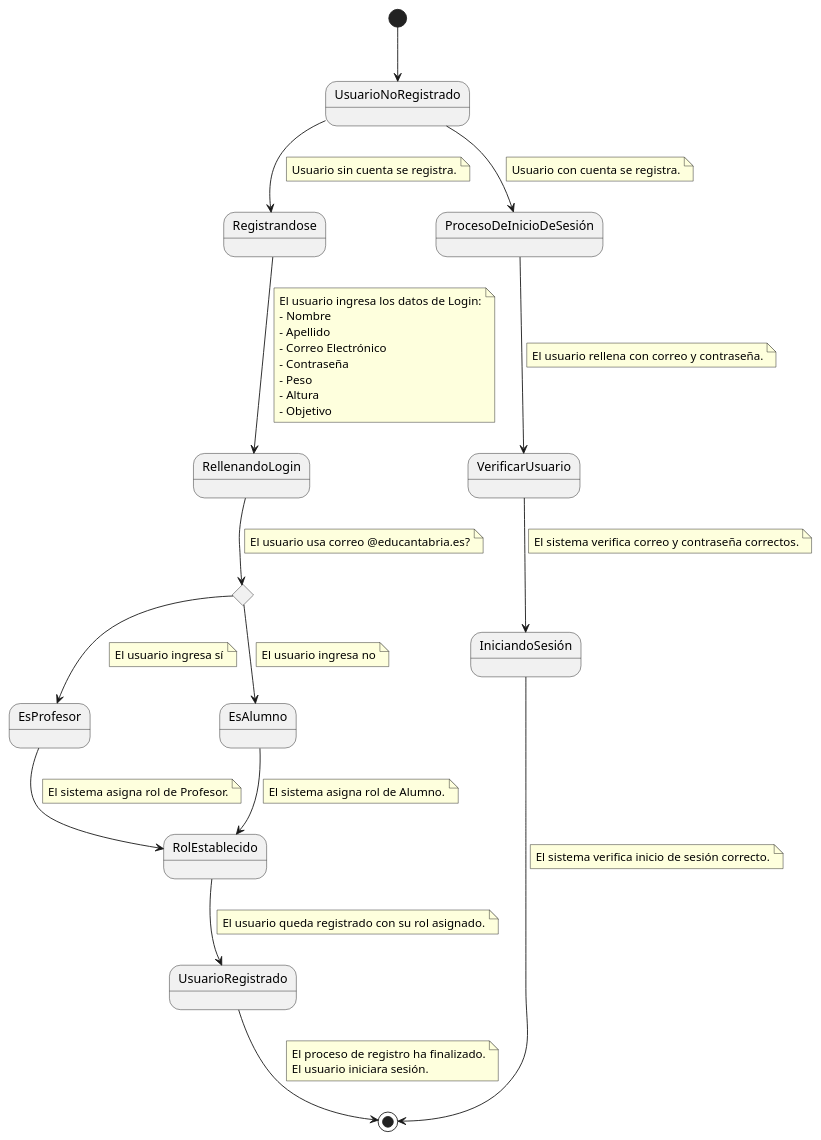
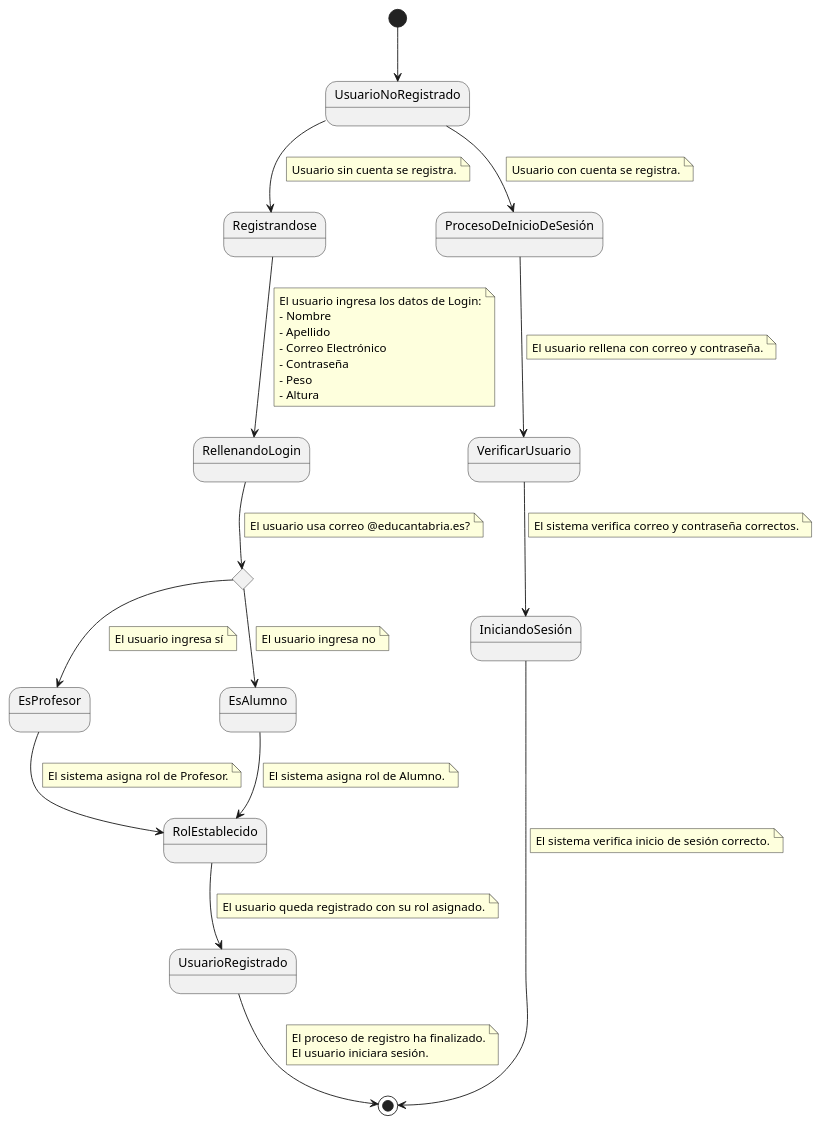
One commit to mmasias/24-25-IdSw1-SDR changed the diagram in Documentos/DetallarCasosDeUso/Registrarse.puml. Above: the diagram before and after it, drawn with PlantUML.

```diff
--- a/Documentos/DetallarCasosDeUso/Registrarse.puml
+++ b/Documentos/DetallarCasosDeUso/Registrarse.puml
@@ -1,79 +1,78 @@
 @startuml
 
   [*] --> UsuarioNoRegistrado
   UsuarioNoRegistrado --> Registrandose
   note on link
     Usuario sin cuenta se registra.
   end note
 
   UsuarioNoRegistrado --> ProcesoDeInicioDeSesión
   note on link
     Usuario con cuenta se registra.
   end note
 
   Registrandose --> RellenandoLogin
   note on link
     El usuario ingresa los datos de Login:
     - Nombre
     - Apellido
     - Correo Electrónico
     - Contraseña
     - Peso
     - Altura
-    - Objetivo
   end note
   
   state rombo <<choice>>
   RellenandoLogin --> rombo
   note on link
     El usuario usa correo @educantabria.es?
   end note
   
   rombo --> EsProfesor
   note on link
     El usuario ingresa sí
   end note
   
   rombo --> EsAlumno
   note on link
     El usuario ingresa no
   end note
 
   EsAlumno --> RolEstablecido
   note on link
     El sistema asigna rol de Alumno.
   end note
   
   EsProfesor --> RolEstablecido
   note on link
     El sistema asigna rol de Profesor.
   end note
   
   RolEstablecido --> UsuarioRegistrado
   note on link
     El usuario queda registrado con su rol asignado.
   end note
   
   ProcesoDeInicioDeSesión --> VerificarUsuario
   note on link
     El usuario rellena con correo y contraseña.
   end note
   
   VerificarUsuario --> IniciandoSesión
   note on link
     El sistema verifica correo y contraseña correctos.
   end note
   
   IniciandoSesión --> [*]
   note on link
     El sistema verifica inicio de sesión correcto.
   end note
 
   UsuarioRegistrado --> [*]
   note on link
     El proceso de registro ha finalizado.
     El usuario iniciara sesión.
   end note
   
 
 @enduml
```
